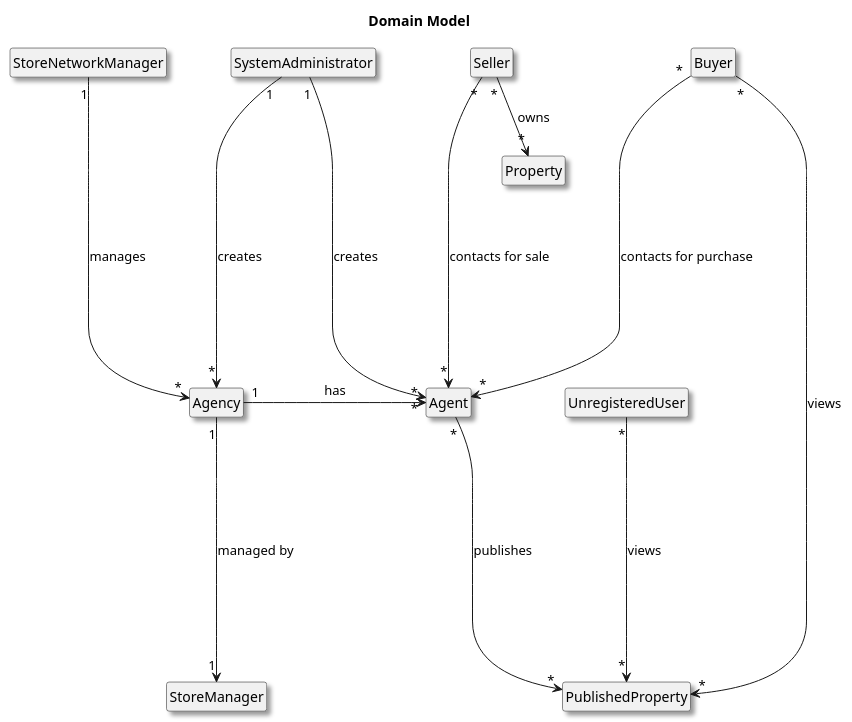
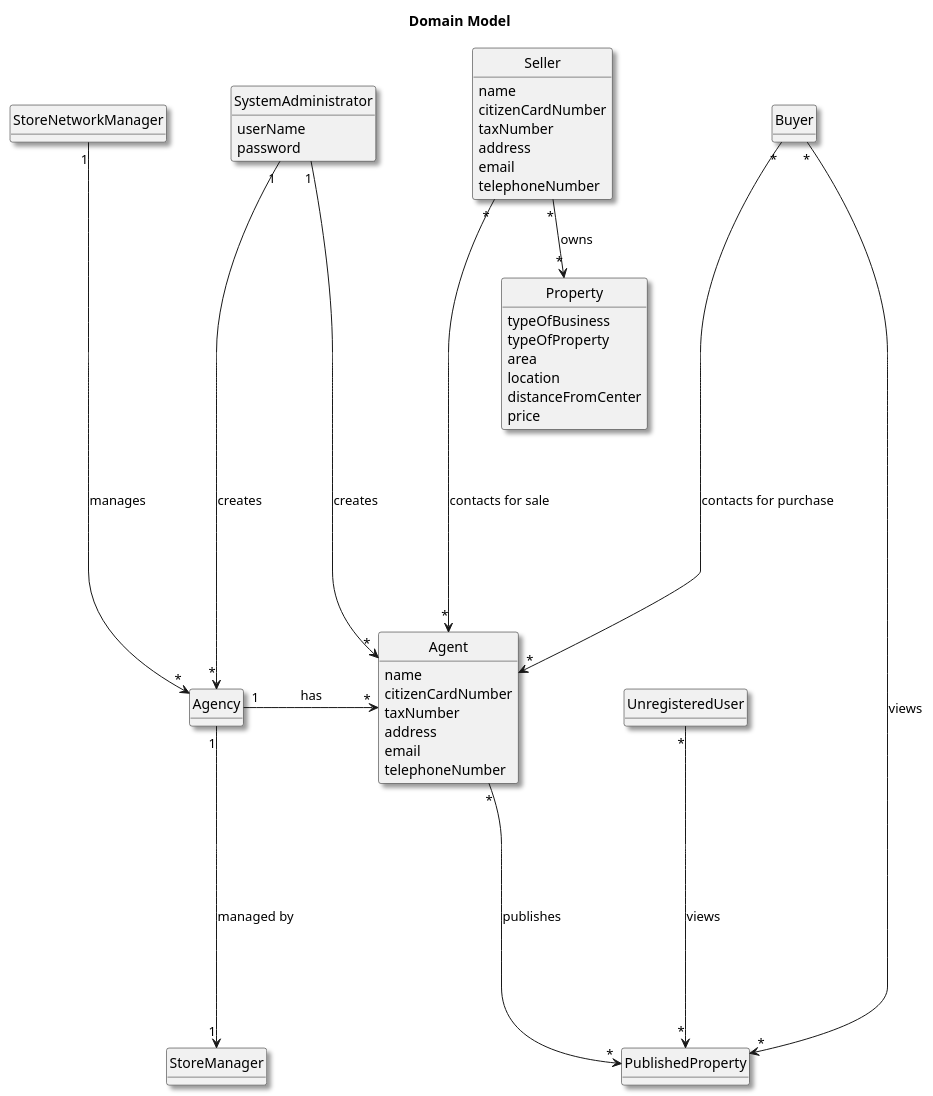
The diagram in docs/sprintA/global-artifacts/02.analysis/puml/project-domain-model-right-alternative.puml (Goncalves2525/real-estate-management-system), drawn with PlantUML before and after one commit.

Commit message:
Started to add attributes to domain model

```diff
--- a/docs/sprintA/global-artifacts/02.analysis/puml/project-domain-model-right-alternative.puml
+++ b/docs/sprintA/global-artifacts/02.analysis/puml/project-domain-model-right-alternative.puml
@@ -1,79 +1,100 @@
 @startuml
 skinparam monochrome false
 skinparam packageStyle rectangle
 skinparam shadowing true
 'skinparam linetype ortho
 skinparam classAttributeIconSize 0
 'skinparam groupInheritance 2
 'skinparam linetype polyline
 
-hide attributes
+'hide attributes
 hide circle
 hide methods
 'left to right direction
 title Domain Model
 
 class StoreNetworkManager{
 }
 
 class SystemAdministrator{
+   userName
+   password
 }
 
 class StoreManager{
 }
 
 class Property{
+    typeOfBusiness
+    typeOfProperty
+    area
+    location
+    distanceFromCenter
+    price
 }
 
 class Agent{
+    name
+    citizenCardNumber
+    taxNumber
+    address
+    email
+    telephoneNumber
 }
 
 class Agency{
 }
 
 class Buyer{
 }
 
 class Seller{
+    name
+    citizenCardNumber
+    taxNumber
+    address
+    email
+    telephoneNumber
+
 }
 
 class UnregisteredUser{
 }
 
 class PublishedProperty{
 }
 
 SystemAdministrator "1" -----> "*" Agent : creates
 SystemAdministrator "1" -----> "*" Agency : creates
 Buyer "*" -----> "*" Agent : contacts for purchase
 Buyer "*" -----> "*" PublishedProperty : views
 Seller "*" -----> "*" Agent : contacts for sale
 StoreNetworkManager "1" -----> "*" Agency : manages
 Agency "1" -----> "1" StoreManager  : managed by
 Agent "*" -----> "*" PublishedProperty : publishes
 Agency "1" -> "*" Agent : has
 Seller "*" --> "*" Property : owns
 UnregisteredUser "*" -----> "*" PublishedProperty : views
 
 'SystemAdministrator "1" -right "*" Employee : registers
 'PropertyOwner "1" --> "*" PropertyOrder : requests advertisement
 'PropertyOwner "1" --> "1" Agent : contacts
 'Agent "1" ----> "*" PropertyOrder : reviews
 'Agent "1" -----> "*" Property : publishes
 'UnregisteredUser "1" ---> "*" Property: can list
 
 'Client <|---- RegisteredUser
 'Client <|--- UnregisteredUser
 'Client <|---- PropertyOwner
 'User <|-- Client
 'User <|-- Employee
 'Employee <|-- Agent
 'Employee <|----- StoreManager
 'Employee <|----- StoreNetworkManager
 'Property <|-- House
 'Property <|-- Apartment
 'Property <|-- Land
 'Employee <|-- SystemAdministrator
 
 
 @enduml
```
